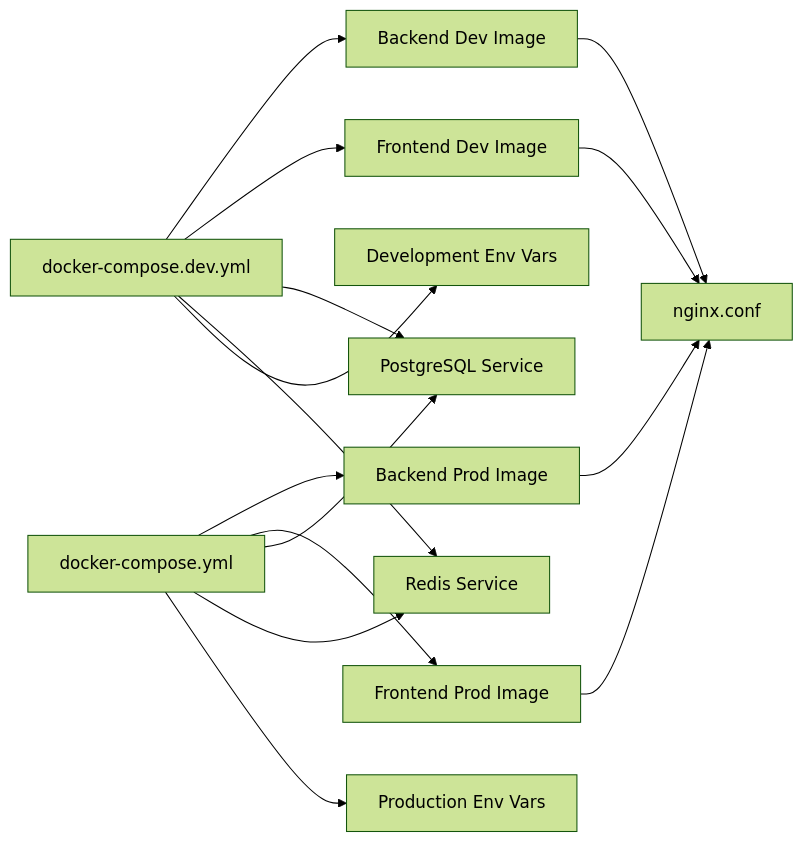
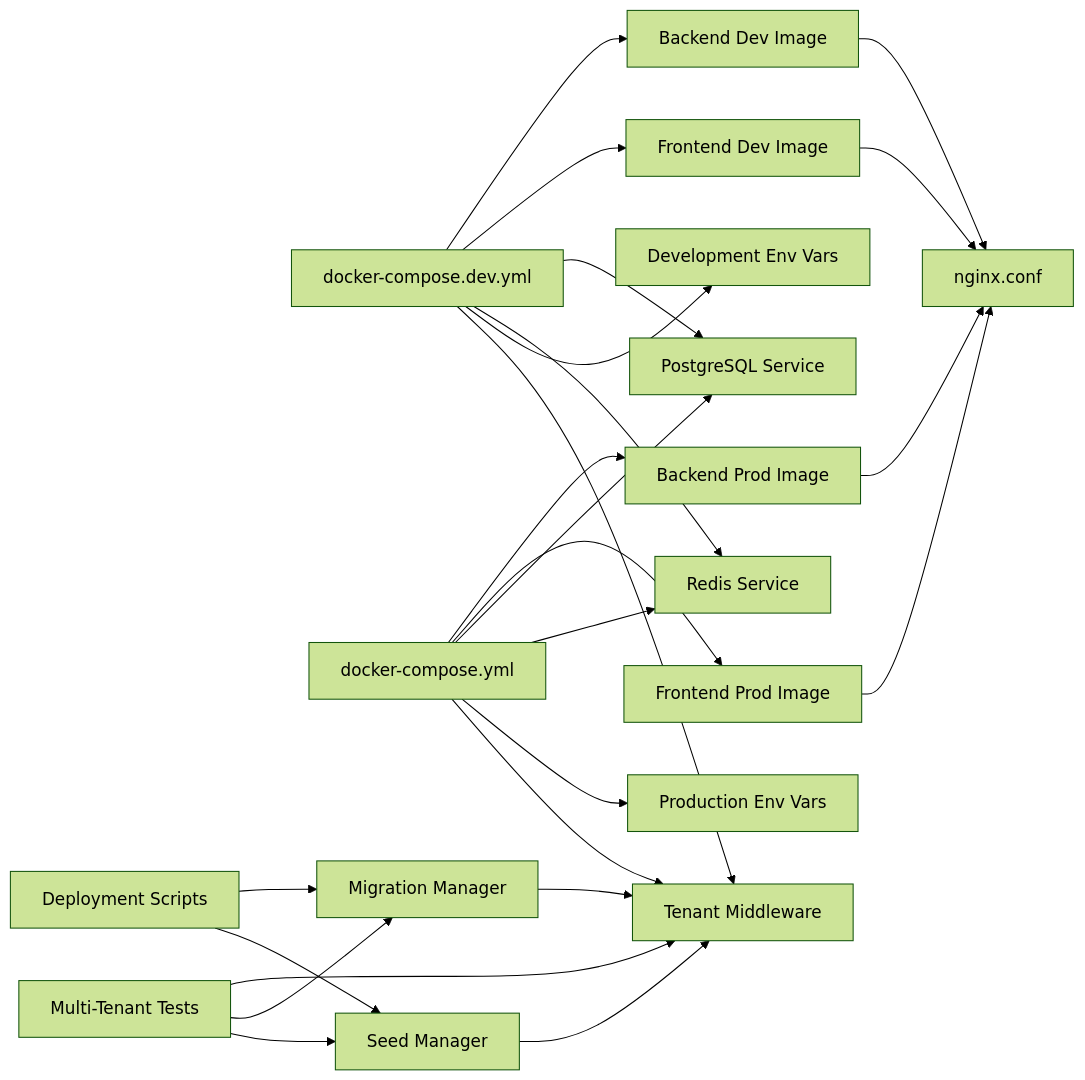
Before and after one commit to franckylab/eLISAschool: the fifth of 5 diagrams in .qoder/repowiki/en/content/Deployment & Docker Configuration.md, drawn with Mermaid (forest theme). The commit also changed other lines of this file and 281 other files, not shown here.

````diff
--- a/.qoder/repowiki/en/content/Deployment & Docker Configuration.md
+++ b/.qoder/repowiki/en/content/Deployment & Docker Configuration.md
@@ -298,28 +548,42 @@
 ```mermaid
 graph LR
 DevCompose["docker-compose.dev.yml"]
 ProdCompose["docker-compose.yml"]
 EnvDev["Development Env Vars"]
 EnvProd["Production Env Vars"]
 BackendDev["Backend Dev Image"]
 BackendProd["Backend Prod Image"]
 FrontendDev["Frontend Dev Image"]
 FrontendProd["Frontend Prod Image"]
 Nginx["nginx.conf"]
 Postgres["PostgreSQL Service"]
 Redis["Redis Service"]
+DeployScripts["Deployment Scripts"]
+MTMiddleware["Tenant Middleware"]
+SeedMgr["Seed Manager"]
+MigrationMgr["Migration Manager"]
+TestSuite["Multi-Tenant Tests"]
 DevCompose --> BackendDev
 DevCompose --> FrontendDev
 DevCompose --> Postgres
 DevCompose --> Redis
 DevCompose --> EnvDev
+DevCompose --> MTMiddleware
 ProdCompose --> BackendProd
 ProdCompose --> FrontendProd
 ProdCompose --> Postgres
 ProdCompose --> Redis
 ProdCompose --> EnvProd
+ProdCompose --> MTMiddleware
 BackendDev --> Nginx
 BackendProd --> Nginx
 FrontendDev --> Nginx
 FrontendProd --> Nginx
+DeployScripts --> MigrationMgr
+DeployScripts --> SeedMgr
+MigrationMgr --> MTMiddleware
+SeedMgr --> MTMiddleware
+TestSuite --> MTMiddleware
+TestSuite --> MigrationMgr
+TestSuite --> SeedMgr
 ```
````
